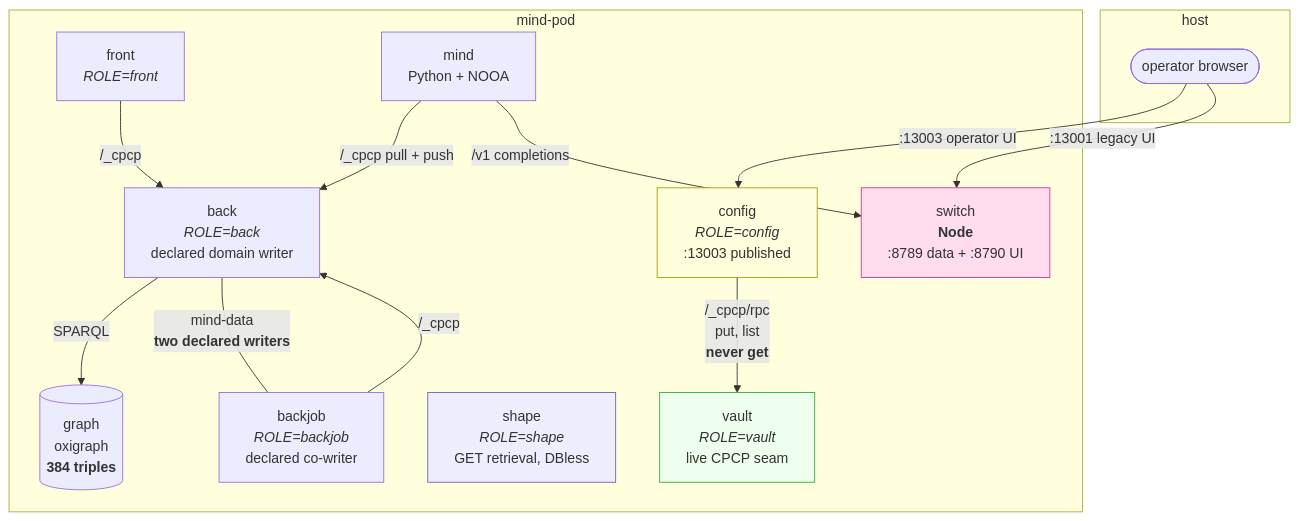
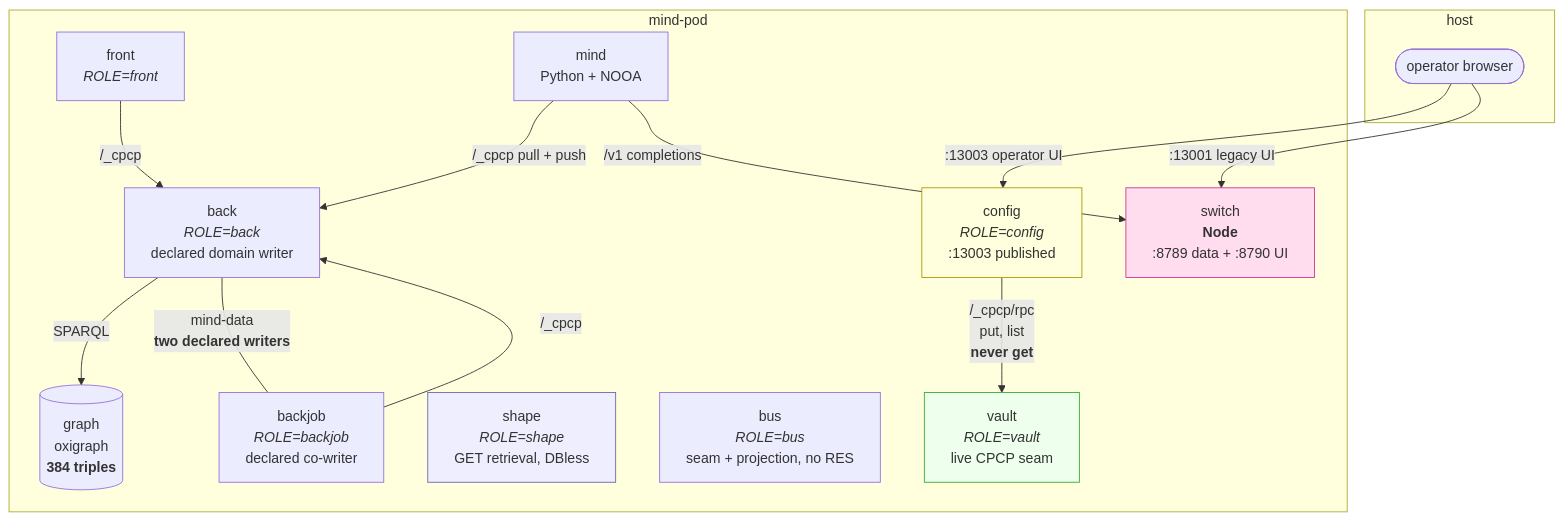
The first of 6 diagrams in docs/architecture/ContainerTopology.md (laquereric/magentic-stack), drawn with Mermaid before and after one commit. The commit also changed other lines of this file and 1 other file, not shown here.

````diff
--- a/docs/architecture/ContainerTopology.md
+++ b/docs/architecture/ContainerTopology.md
@@ -33,31 +33,32 @@
 ```mermaid
 graph TB
   subgraph host["host"]
     H(["operator browser"])
   end
   subgraph pod["mind-pod"]
     CONFIG["config<br/><i>ROLE=config</i><br/>:13003 published"]
     FRONT["front<br/><i>ROLE=front</i>"]
     BACK["back<br/><i>ROLE=back</i><br/>declared domain writer"]
     BACKJOB["backjob<br/><i>ROLE=backjob</i><br/>declared co-writer"]
     VAULT["vault<br/><i>ROLE=vault</i><br/>live CPCP seam"]
     MIND["mind<br/>Python + NOOA"]
     SHAPE["shape<br/><i>ROLE=shape</i><br/>GET retrieval, DBless"]
+    BUS["bus<br/><i>ROLE=bus</i><br/>seam + projection, no RES"]
     SWITCH["switch<br/><b>Node</b><br/>:8789 data + :8790 UI"]
     GRAPH[("graph<br/>oxigraph<br/><b>384 triples</b>")]
   end
   H -->|":13003 operator UI"| CONFIG
   H -->|":13001 legacy UI"| SWITCH
   CONFIG -->|"/_cpcp/rpc<br/>put, list<br/><b>never get</b>"| VAULT
   FRONT -->|"/_cpcp"| BACK
   BACKJOB -->|"/_cpcp"| BACK
   MIND -->|"/_cpcp pull + push"| BACK
   MIND -->|"/v1 completions"| SWITCH
   BACK -->|"SPARQL"| GRAPH
   BACK ---|"mind-data<br/><b>two declared writers</b>"| BACKJOB
 
   style SWITCH fill:#fde,stroke:#c39
   style VAULT fill:#efe,stroke:#3a3
   style CONFIG fill:#ffd,stroke:#a90
   style SHAPE fill:#eef,stroke:#66a
 ```
````
